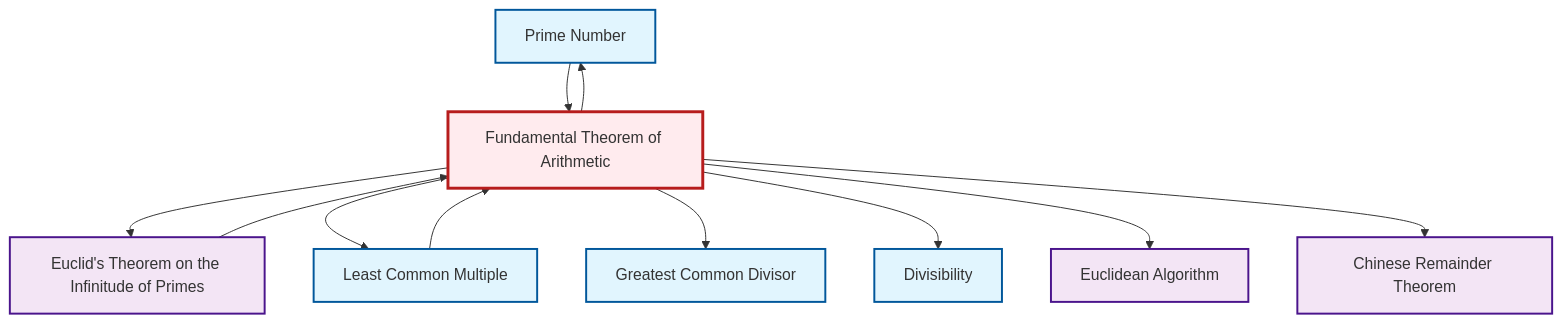
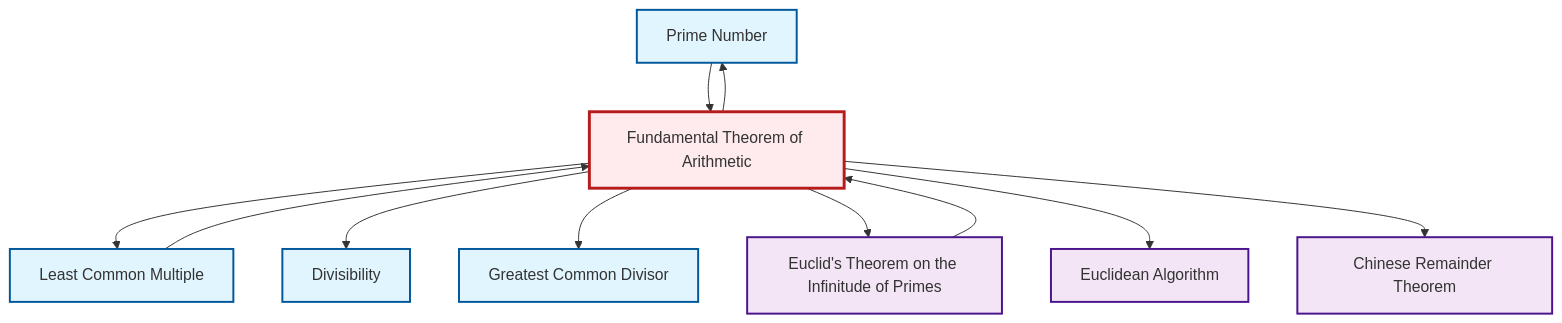
One commit to RK0429/ModernMath changed the diagram in output/mermaid/en/thm-fundamental-arithmetic.mermaid. Above: the diagram before and after it, drawn with Mermaid. The commit also changed other lines of this file and 3102 other files, not shown here.

```diff
--- a/output/mermaid/en/thm-fundamental-arithmetic.mermaid
+++ b/output/mermaid/en/thm-fundamental-arithmetic.mermaid
@@ -1,25 +1,25 @@
 graph TD
     classDef definition fill:#e1f5fe,stroke:#01579b,stroke-width:2px
     classDef theorem fill:#f3e5f5,stroke:#4a148c,stroke-width:2px
     classDef axiom fill:#fff3e0,stroke:#e65100,stroke-width:2px
     classDef example fill:#e8f5e9,stroke:#1b5e20,stroke-width:2px
     classDef current fill:#ffebee,stroke:#b71c1c,stroke-width:3px
+    def-gcd["Greatest Common Divisor"]:::definition
     def-prime["Prime Number"]:::definition
+    thm-euclid-infinitude-primes["Euclid's Theorem on the Infinitude of Primes"]:::theorem
     thm-euclidean-algorithm["Euclidean Algorithm"]:::theorem
-    def-gcd["Greatest Common Divisor"]:::definition
+    def-lcm["Least Common Multiple"]:::definition
     def-divisibility["Divisibility"]:::definition
-    def-lcm["Least Common Multiple"]:::definition
+    thm-chinese-remainder["Chinese Remainder Theorem"]:::theorem
     thm-fundamental-arithmetic["Fundamental Theorem of Arithmetic"]:::theorem
-    thm-euclid-infinitude-primes["Euclid's Theorem on the Infinitude of Primes"]:::theorem
-    thm-chinese-remainder["Chinese Remainder Theorem"]:::theorem
+    thm-fundamental-arithmetic --> def-prime
+    thm-euclid-infinitude-primes --> thm-fundamental-arithmetic
+    thm-fundamental-arithmetic --> def-lcm
+    def-lcm --> thm-fundamental-arithmetic
+    thm-fundamental-arithmetic --> def-divisibility
+    thm-fundamental-arithmetic --> def-gcd
+    def-prime --> thm-fundamental-arithmetic
     thm-fundamental-arithmetic --> thm-euclid-infinitude-primes
-    thm-fundamental-arithmetic --> def-lcm
-    thm-fundamental-arithmetic --> def-gcd
-    thm-fundamental-arithmetic --> def-prime
-    thm-fundamental-arithmetic --> def-divisibility
     thm-fundamental-arithmetic --> thm-euclidean-algorithm
     thm-fundamental-arithmetic --> thm-chinese-remainder
-    def-prime --> thm-fundamental-arithmetic
-    thm-euclid-infinitude-primes --> thm-fundamental-arithmetic
-    def-lcm --> thm-fundamental-arithmetic
     class thm-fundamental-arithmetic current
```
